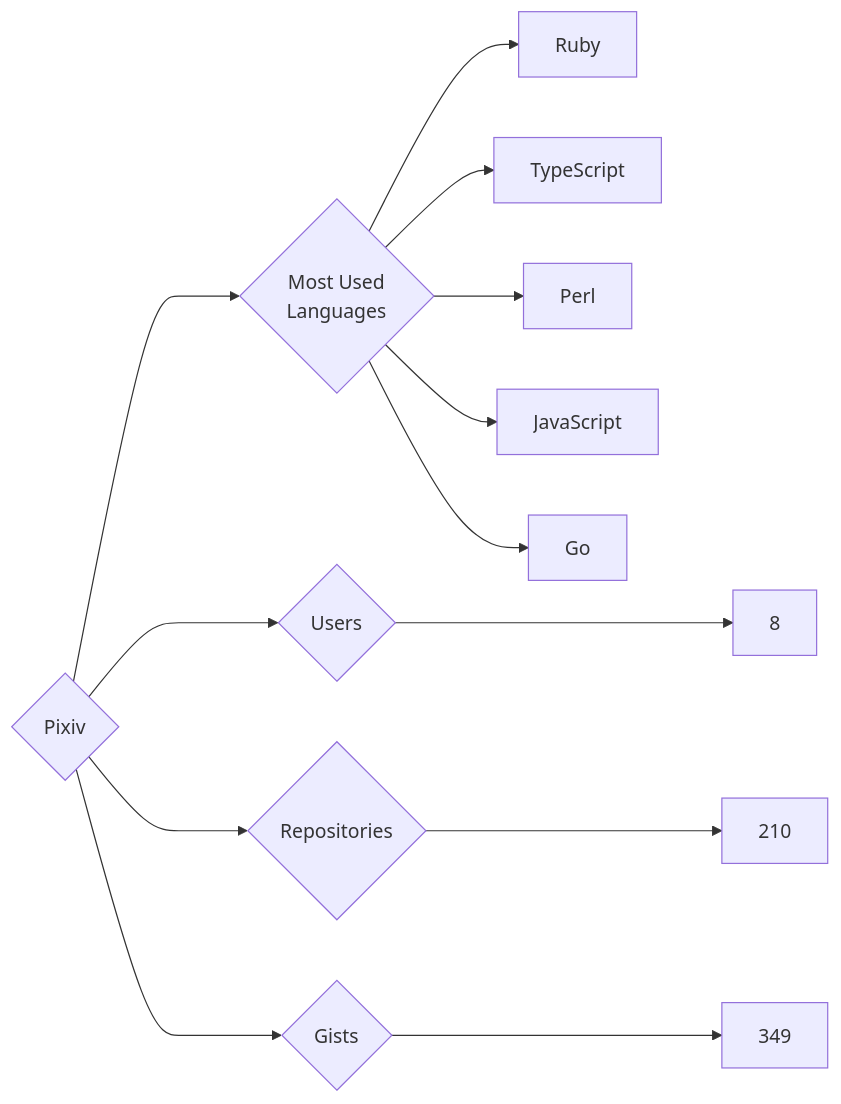
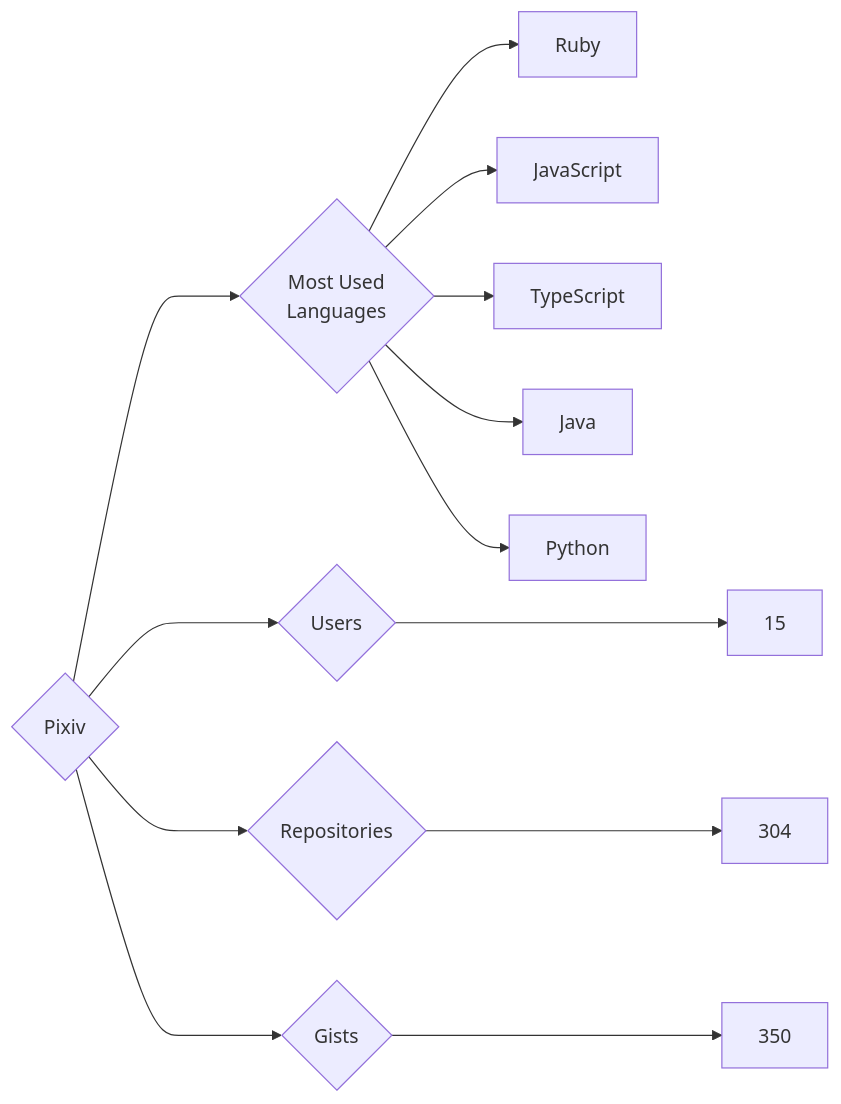
Before and after one commit to trickest/insiders: the diagram in targets/Pixiv/README.md, drawn with Mermaid. The commit also changed 1389 other files, not shown here.

````diff
--- a/targets/Pixiv/README.md
+++ b/targets/Pixiv/README.md
@@ -3,13 +3,13 @@
 ```mermaid
 graph LR
 COMPANY_NAME{Pixiv}
-COMPANY_NAME ---> U{Users} ---> UN[8]
-COMPANY_NAME ---> R{Repositories} ---> RN[210]
-COMPANY_NAME ---> G{Gists} ---> GN[349]
+COMPANY_NAME ---> U{Users} ---> UN[15]
+COMPANY_NAME ---> R{Repositories} ---> RN[304]
+COMPANY_NAME ---> G{Gists} ---> GN[350]
 COMPANY_NAME ---> ML{Most Used<br>Languages}
 ML --> Ruby[Ruby]
+ML --> JavaScript[JavaScript]
 ML --> TypeScript[TypeScript]
-ML --> Perl[Perl]
-ML --> JavaScript[JavaScript]
-ML --> Go[Go]
+ML --> Java[Java]
+ML --> Python[Python]
 ```
````
